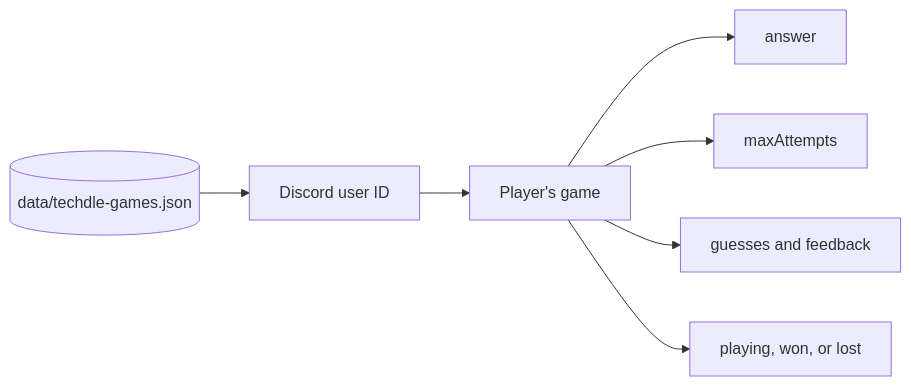
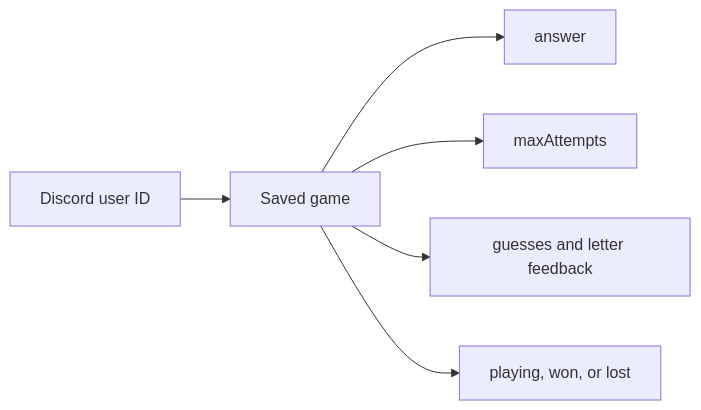
One commit to AbhiTarigoppula/TechdleBot changed the second of 2 diagrams in ARCHITECTURE.md. Above: the diagram before and after it, drawn with Mermaid. The commit also changed other lines of this file, not shown here.

First line of the commit message:
Revise architecture details for slash-command game

````diff
--- a/ARCHITECTURE.md
+++ b/ARCHITECTURE.md
@@ -42,9 +28,8 @@
 ```mermaid
 flowchart LR
-    File[(data/techdle-games.json)] --> UserID["Discord user ID"]
-    UserID --> Game["Player's game"]
+    UserID["Discord user ID"] --> Game["Saved game"]
     Game --> Answer["answer"]
     Game --> Attempts["maxAttempts"]
-    Game --> History["guesses and feedback"]
+    Game --> Guesses["guesses and letter feedback"]
     Game --> Status["playing, won, or lost"]
 ```
````
